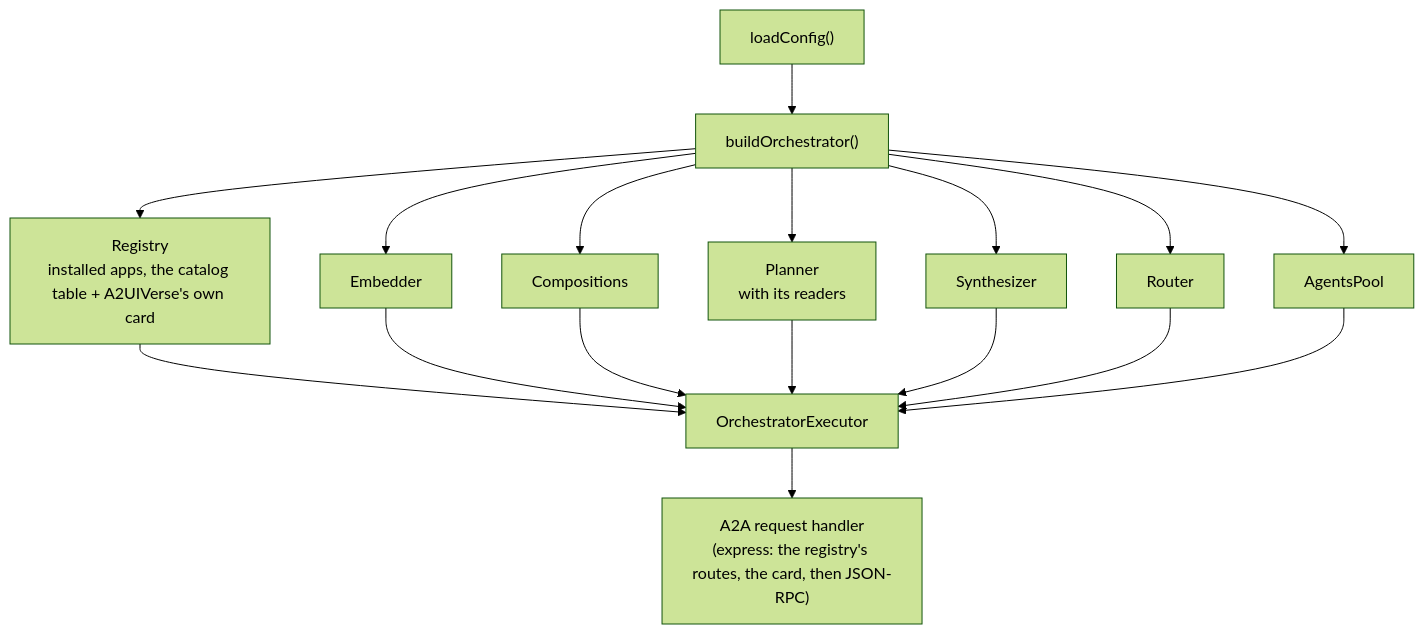
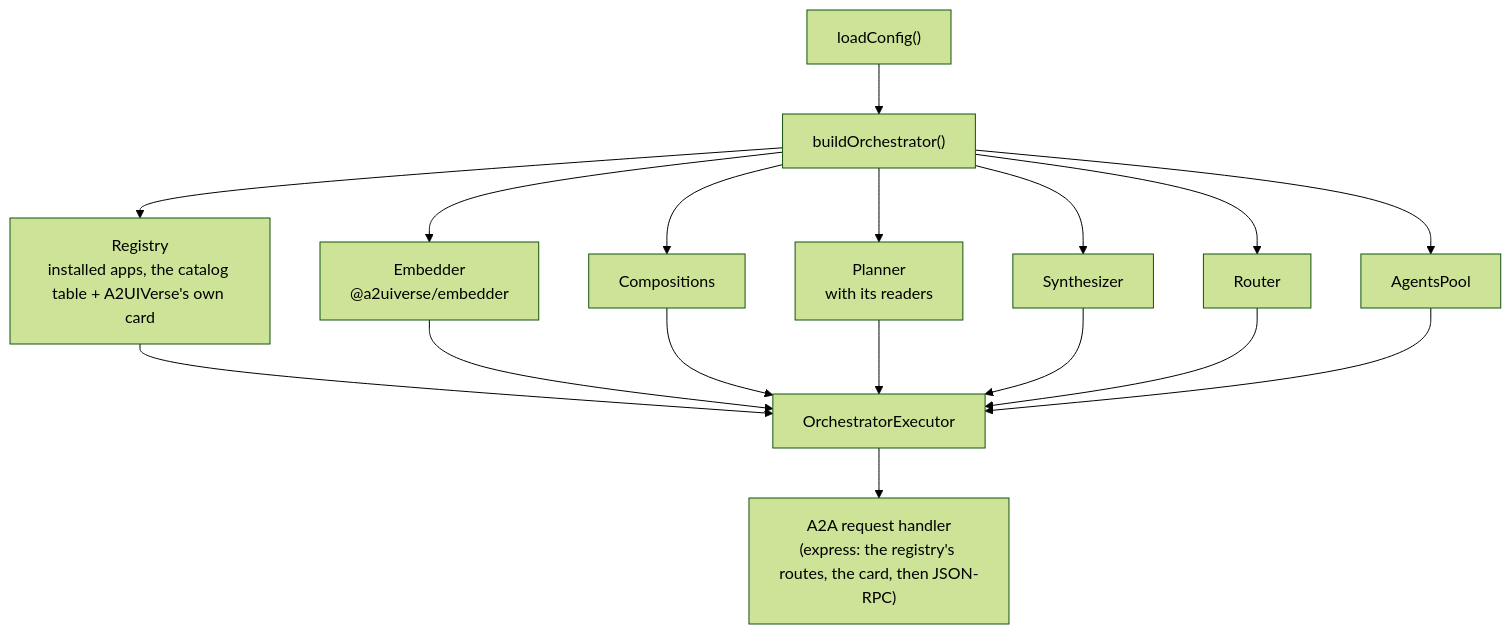
One commit to retz8/a2uiverse changed the third of 7 diagrams in docs/design/orchestrator.md. Above: the diagram before and after it, drawn with Mermaid (forest theme). The commit also changed other lines of this file and 33 other files, not shown here.

````diff
--- a/docs/design/orchestrator.md
+++ b/docs/design/orchestrator.md
@@ -206,13 +206,13 @@
 ```mermaid
 flowchart TD
     CFG["loadConfig()"] --> B["buildOrchestrator()"]
     B --> REG["Registry<br/>installed apps, the catalog table + A2UIVerse's own card"]
-    B --> EMB["Embedder"]
+    B --> EMB["Embedder<br/>@a2uiverse/embedder"]
     B --> CMP["Compositions"]
     B --> PL["Planner<br/>with its readers"]
     B --> SY["Synthesizer"]
     B --> RT["Router"]
     B --> POOL["AgentsPool"]
     REG & EMB & CMP & PL & SY & RT & POOL --> EX["OrchestratorExecutor"]
     EX --> H["A2A request handler<br/>(express: the registry's routes, the card, then JSON-RPC)"]
 ```
````
